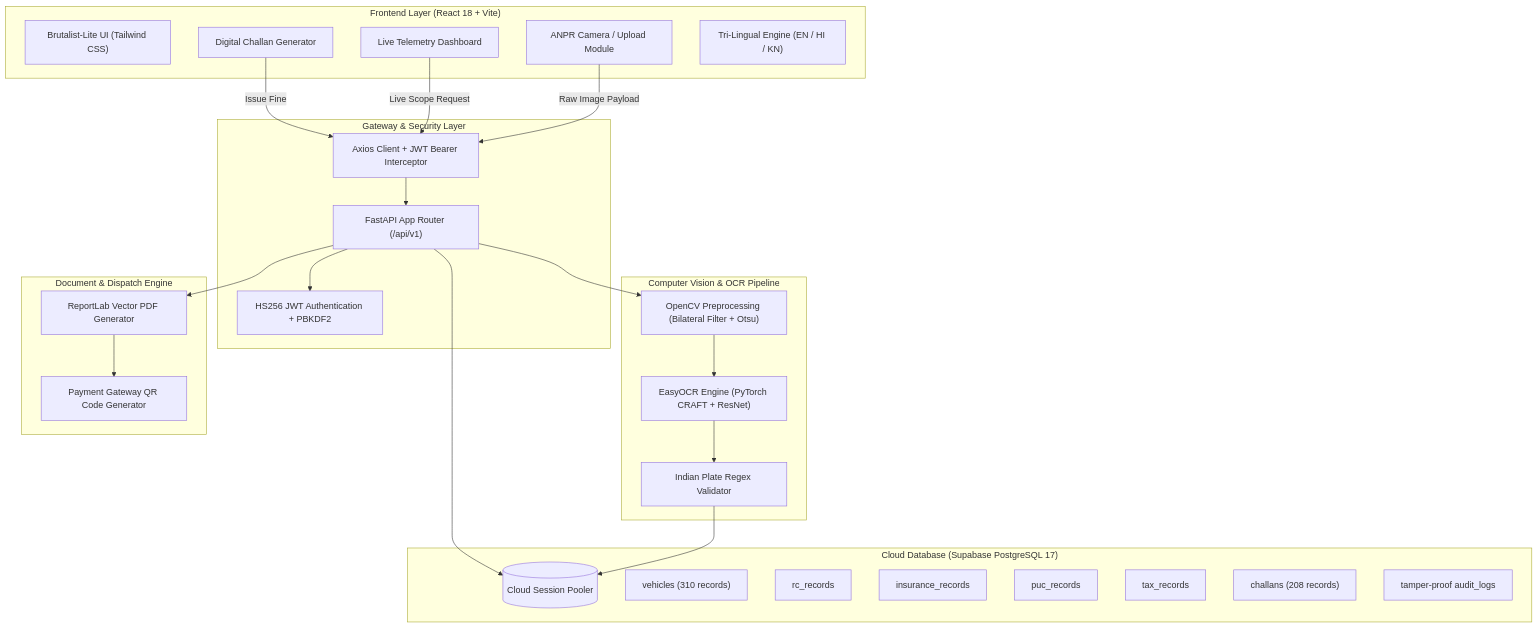
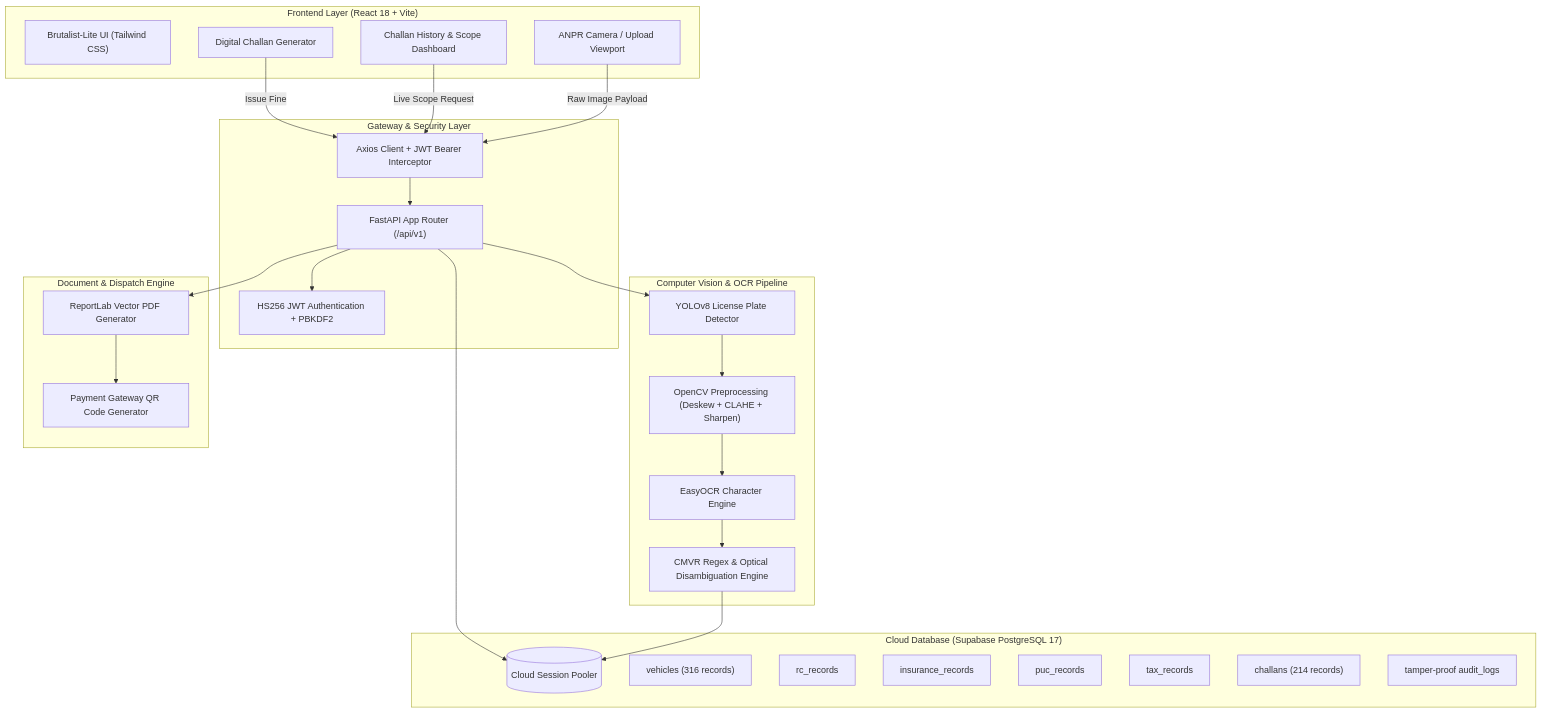
One commit to Lokeswarpj/smart-challan-anpr changed the diagram in README.md. Above: the diagram before and after it, drawn with Mermaid. The commit also changed other lines of this file and 4 other files, not shown here.

Commit message:
docs: align documentation with mini-project architecture, correct demo credentials, add LICENSE and viva guide

````diff
--- a/README.md
+++ b/README.md
@@ -54,51 +54,52 @@
 ```mermaid
 flowchart TD
     subgraph Client ["Frontend Layer (React 18 + Vite)"]
         UI["Brutalist-Lite UI (Tailwind CSS)"]
-        Scanner["ANPR Camera / Upload Module"]
-        Dash["Live Telemetry Dashboard"]
+        Scanner["ANPR Camera / Upload Viewport"]
+        Dash["Challan History & Scope Dashboard"]
         ChallanUI["Digital Challan Generator"]
-        i18n["Tri-Lingual Engine (EN / HI / KN)"]
     end
 
     subgraph API ["Gateway & Security Layer"]
         Axios["Axios Client + JWT Bearer Interceptor"]
         FastAPI["FastAPI App Router (/api/v1)"]
         AuthSvc["HS256 JWT Authentication + PBKDF2"]
     end
 
     subgraph AI ["Computer Vision & OCR Pipeline"]
-        CV["OpenCV Preprocessing (Bilateral Filter + Otsu)"]
-        EasyOCR["EasyOCR Engine (PyTorch CRAFT + ResNet)"]
-        Regex["Indian Plate Regex Validator"]
+        YOLO["YOLOv8 License Plate Detector"]
+        CV["OpenCV Preprocessing (Deskew + CLAHE + Sharpen)"]
+        EasyOCR["EasyOCR Character Engine"]
+        Regex["CMVR Regex & Optical Disambiguation Engine"]
     end
 
     subgraph Data ["Cloud Database (Supabase PostgreSQL 17)"]
         DB[(Cloud Session Pooler)]
-        T_Vehicles["vehicles (310 records)"]
+        T_Vehicles["vehicles (316 records)"]
         T_RC["rc_records"]
         T_Ins["insurance_records"]
         T_PUC["puc_records"]
         T_Tax["tax_records"]
-        T_Challans["challans (208 records)"]
+        T_Challans["challans (214 records)"]
         T_Audit["tamper-proof audit_logs"]
     end
 
     subgraph Service ["Document & Dispatch Engine"]
         PDF["ReportLab Vector PDF Generator"]
         QR["Payment Gateway QR Code Generator"]
     end
 
     Scanner -->|Raw Image Payload| Axios
     Dash -->|Live Scope Request| Axios
     ChallanUI -->|Issue Fine| Axios
     Axios --> FastAPI
     FastAPI --> AuthSvc
-    FastAPI --> CV
+    FastAPI --> YOLO
+    YOLO --> CV
     CV --> EasyOCR
     EasyOCR --> Regex
     Regex --> DB
     FastAPI --> DB
     FastAPI --> PDF
     PDF --> QR
 ```
````
